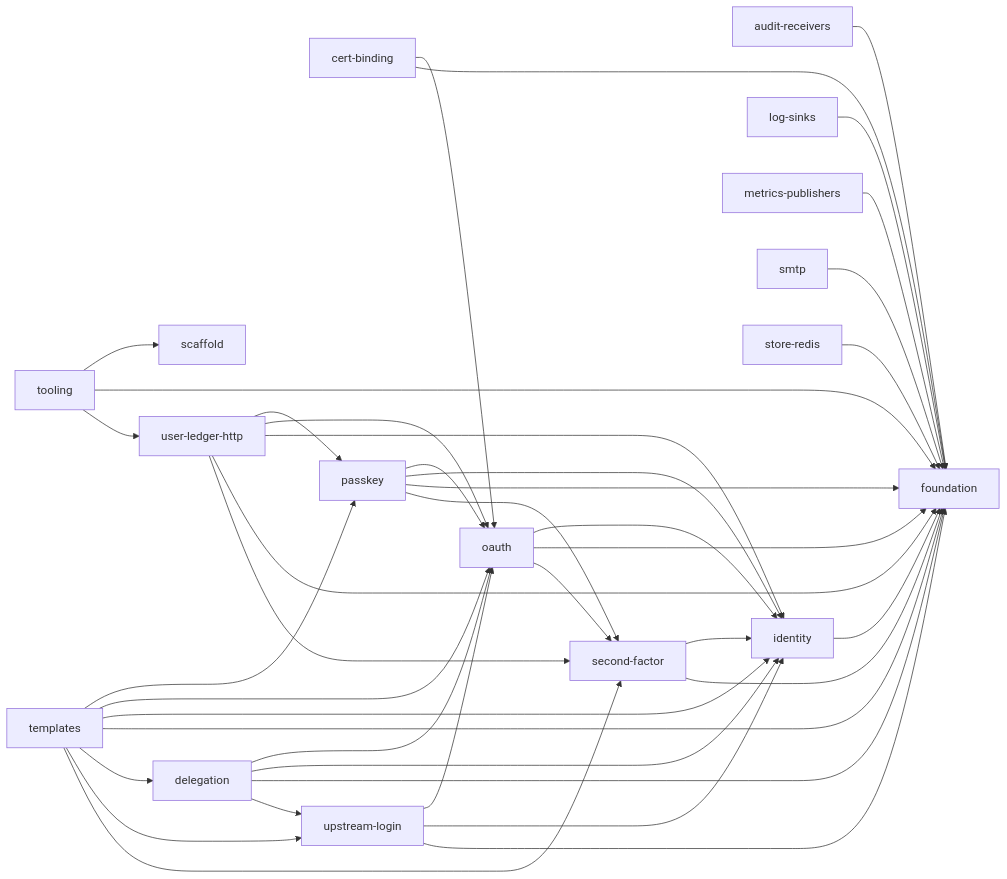
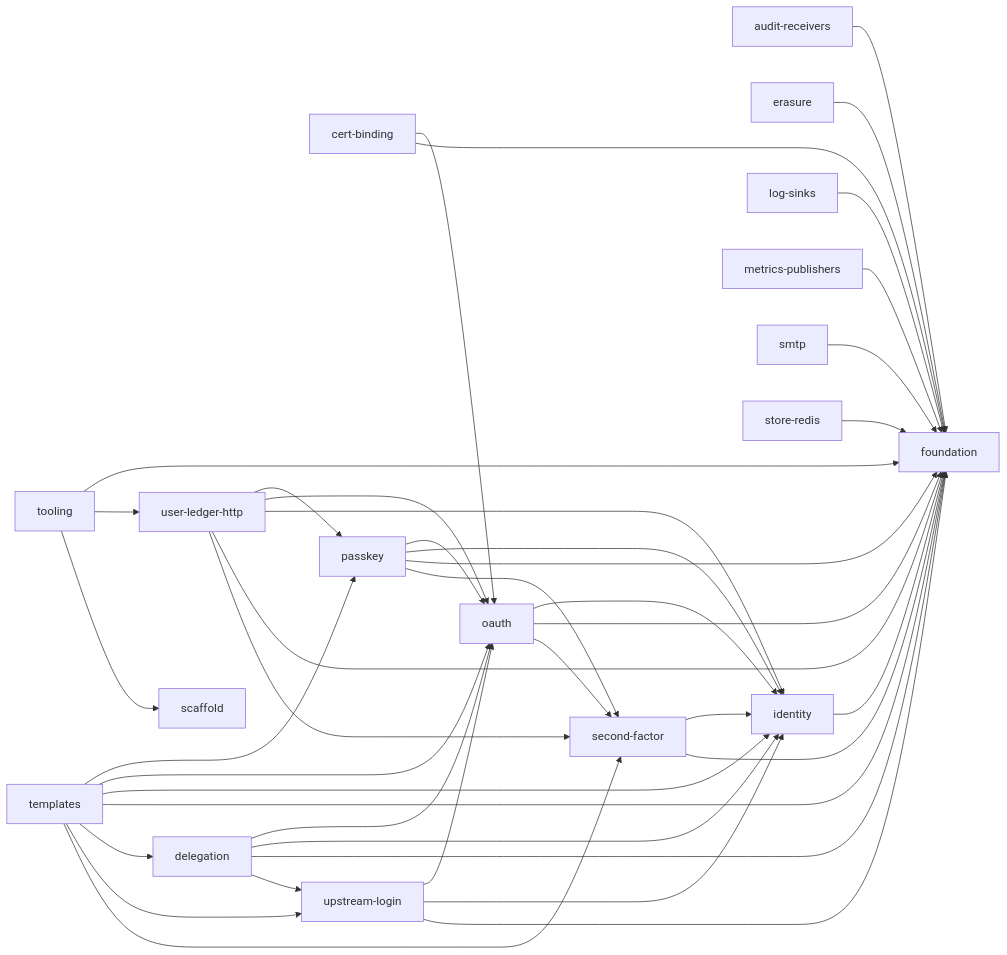
The diagram in docs/audit/dependencies.md (o3co/auth.provider), drawn with Mermaid before and after one commit. The commit also changed other lines of this file and 10 other files, not shown here.

````diff
--- a/docs/audit/dependencies.md
+++ b/docs/audit/dependencies.md
@@ -10,59 +10,61 @@
 ```mermaid
 flowchart LR
   d0["audit-receivers"]
   d1["cert-binding"]
   d2["delegation"]
-  d3["foundation"]
-  d4["identity"]
-  d5["log-sinks"]
-  d6["metrics-publishers"]
-  d7["oauth"]
-  d8["passkey"]
-  d9["scaffold"]
-  d10["second-factor"]
-  d11["smtp"]
-  d12["store-redis"]
-  d13["templates"]
-  d14["tooling"]
-  d15["upstream-login"]
-  d16["user-ledger-http"]
-  d0 --> d3
-  d1 --> d3
-  d1 --> d7
-  d10 --> d3
-  d10 --> d4
-  d11 --> d3
-  d12 --> d3
-  d13 --> d10
-  d13 --> d15
-  d13 --> d2
-  d13 --> d3
+  d3["erasure"]
+  d4["foundation"]
+  d5["identity"]
+  d6["log-sinks"]
+  d7["metrics-publishers"]
+  d8["oauth"]
+  d9["passkey"]
+  d10["scaffold"]
+  d11["second-factor"]
+  d12["smtp"]
+  d13["store-redis"]
+  d14["templates"]
+  d15["tooling"]
+  d16["upstream-login"]
+  d17["user-ledger-http"]
+  d0 --> d4
+  d1 --> d4
+  d1 --> d8
+  d11 --> d4
+  d11 --> d5
+  d12 --> d4
   d13 --> d4
-  d13 --> d7
-  d13 --> d8
+  d14 --> d11
   d14 --> d16
-  d14 --> d3
+  d14 --> d2
+  d14 --> d4
+  d14 --> d5
+  d14 --> d8
   d14 --> d9
-  d15 --> d3
+  d15 --> d10
+  d15 --> d17
   d15 --> d4
-  d15 --> d7
-  d16 --> d10
-  d16 --> d3
   d16 --> d4
-  d16 --> d7
+  d16 --> d5
   d16 --> d8
-  d2 --> d15
-  d2 --> d3
+  d17 --> d11
+  d17 --> d4
+  d17 --> d5
+  d17 --> d8
+  d17 --> d9
+  d2 --> d16
   d2 --> d4
-  d2 --> d7
-  d4 --> d3
-  d5 --> d3
-  d6 --> d3
-  d7 --> d10
-  d7 --> d3
+  d2 --> d5
+  d2 --> d8
+  d3 --> d4
+  d5 --> d4
+  d6 --> d4
   d7 --> d4
-  d8 --> d10
-  d8 --> d3
+  d8 --> d11
   d8 --> d4
-  d8 --> d7
+  d8 --> d5
+  d9 --> d11
+  d9 --> d4
+  d9 --> d5
+  d9 --> d8
 ```
````
